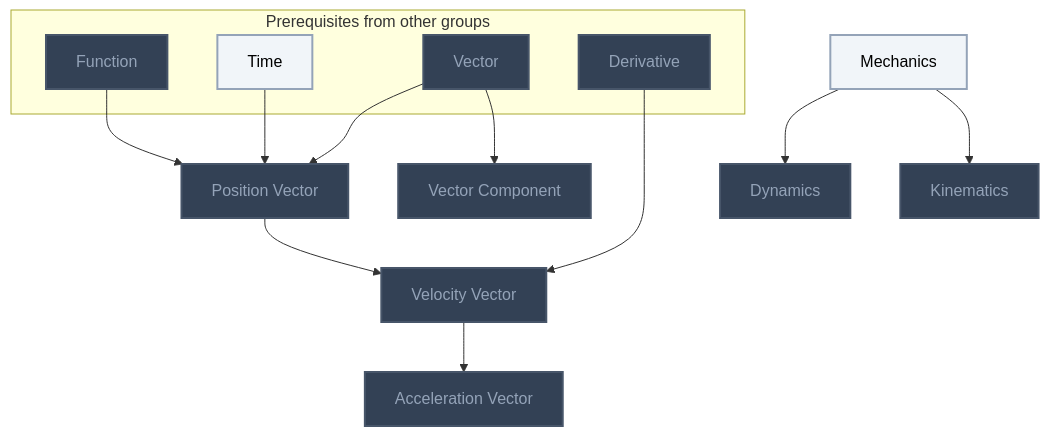
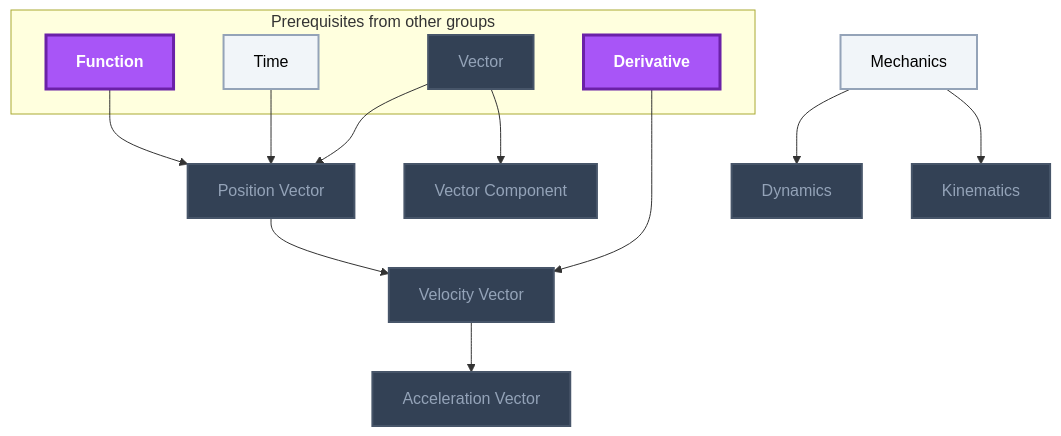
The second of 5 diagrams in Gamification/Skill Trees/Mechanics.md (MRauf1/My-Notes), drawn with Mermaid before and after one commit. The commit also changed other lines of this file and 156 other files, not shown here.

````diff
--- a/Gamification/Skill Trees/Mechanics.md
+++ b/Gamification/Skill Trees/Mechanics.md
@@ -41,37 +41,38 @@
 ```mermaid
 flowchart TD
     classDef planned fill:#1E293B,stroke:#64748B,stroke-width:2px,stroke-dasharray:5 5,color:#94A3B8;
     classDef locked fill:#334155,stroke:#475569,stroke-width:2px,color:#94A3B8;
     classDef L0 fill:#F1F5F9,stroke:#94A3B8,stroke-width:2px,color:#000000;
     classDef L1 fill:#22C55E,stroke:#15803D,stroke-width:2px,color:#000000;
     classDef L2 fill:#3B82F6,stroke:#1D4ED8,stroke-width:3px,color:#FFFFFF;
     classDef L3 fill:#A855F7,stroke:#6B21A8,stroke-width:3px,color:#FFFFFF,font-weight:bold;
     classDef L4 fill:#F97316,stroke:#C2410C,stroke-width:4px,color:#000000,font-weight:bold;
     classDef L5 fill:#FFD700,stroke:#FF8C00,stroke-width:5px,color:#000000,font-weight:bold;
     classDef rusty stroke:#8B4513,stroke-width:4px,stroke-dasharray:3 3;
     subgraph sg_prereqs["Prerequisites from other groups"]
         n_function["Function"]
         n_time["Time"]
         n_vector["Vector"]
         n_derivative["Derivative"]
     end
     n_mechanics["Mechanics"]
     n_dynamics["Dynamics"]
     n_kinematics["Kinematics"]
     n_vector_component["Vector Component"]
     n_position_vector["Position Vector"]
     n_velocity_vector["Velocity Vector"]
     n_acceleration_vector["Acceleration Vector"]
     n_mechanics --> n_dynamics
     n_mechanics --> n_kinematics
     n_function --> n_position_vector
     n_time --> n_position_vector
     n_vector --> n_position_vector
     n_vector --> n_vector_component
     n_derivative --> n_velocity_vector
     n_position_vector --> n_velocity_vector
     n_velocity_vector --> n_acceleration_vector
-    class n_function,n_vector,n_derivative,n_dynamics,n_kinematics,n_vector_component,n_position_vector,n_velocity_vector,n_acceleration_vector locked;
+    class n_vector,n_dynamics,n_kinematics,n_vector_component,n_position_vector,n_velocity_vector,n_acceleration_vector locked;
     class n_time,n_mechanics L0;
+    class n_function,n_derivative L3;
     class n_function,n_time,n_vector,n_derivative,n_mechanics,n_dynamics,n_kinematics,n_vector_component,n_position_vector,n_velocity_vector,n_acceleration_vector internal-link;
 ```
````
